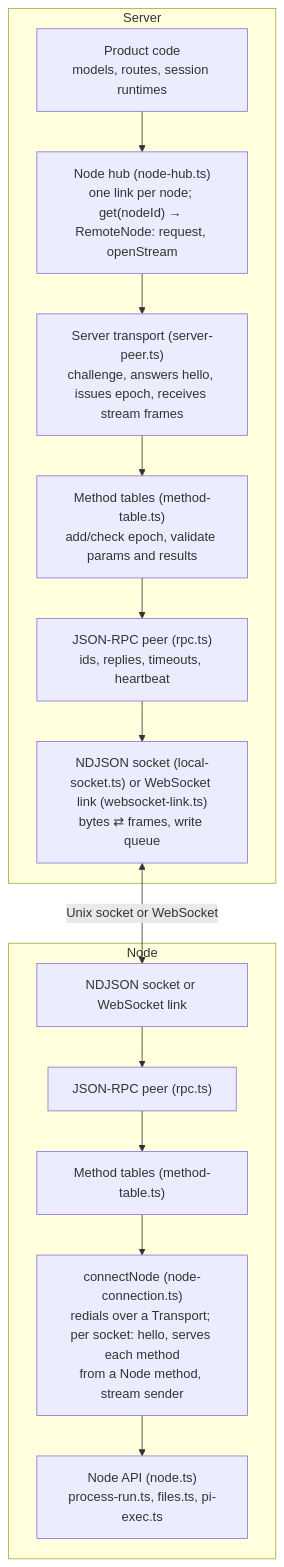
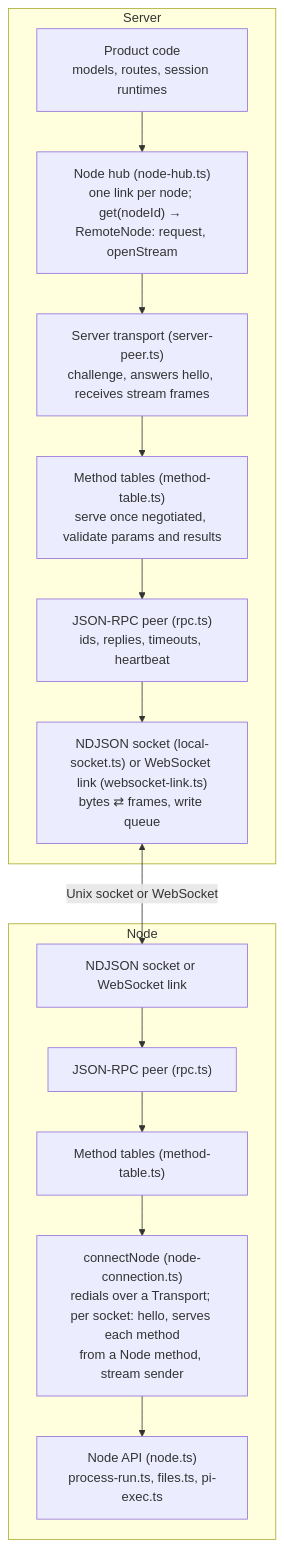
Before and after one commit to willtcarey/reins: the second of 9 diagrams in docs/dev/node-transport.md, drawn with Mermaid. The commit also changed other lines of this file and 31 other files, not shown here.

````diff
--- a/docs/dev/node-transport.md
+++ b/docs/dev/node-transport.md
@@ -70,21 +68,21 @@
 ```mermaid
 graph TB
     subgraph "Server"
         S5["Product code<br/>models, routes, session runtimes"]
         S4["Node hub (node-hub.ts)<br/>one link per node; get(nodeId) → RemoteNode: request, openStream"]
-        S3["Server transport (server-peer.ts)<br/>challenge, answers hello, issues epoch, receives stream frames"]
-        S2["Method tables (method-table.ts)<br/>add/check epoch, validate params and results"]
+        S3["Server transport (server-peer.ts)<br/>challenge, answers hello, receives stream frames"]
+        S2["Method tables (method-table.ts)<br/>serve once negotiated, validate params and results"]
         S1["JSON-RPC peer (rpc.ts)<br/>ids, replies, timeouts, heartbeat"]
         S0["NDJSON socket (local-socket.ts) or WebSocket link (websocket-link.ts)<br/>bytes ⇄ frames, write queue"]
         S5 --> S4 --> S3 --> S2 --> S1 --> S0
     end
     subgraph "Node"
         N0["NDJSON socket or WebSocket link"]
         N1["JSON-RPC peer (rpc.ts)"]
         N2["Method tables (method-table.ts)"]
         N3["connectNode (node-connection.ts)<br/>redials over a Transport; per socket: hello, serves each method<br/>from a Node method, stream sender"]
         N4["Node API (node.ts)<br/>process-run.ts, files.ts, pi-exec.ts"]
         N0 --> N1 --> N2 --> N3 --> N4
     end
     S0 <-->|Unix socket or WebSocket| N0
 ```
````
